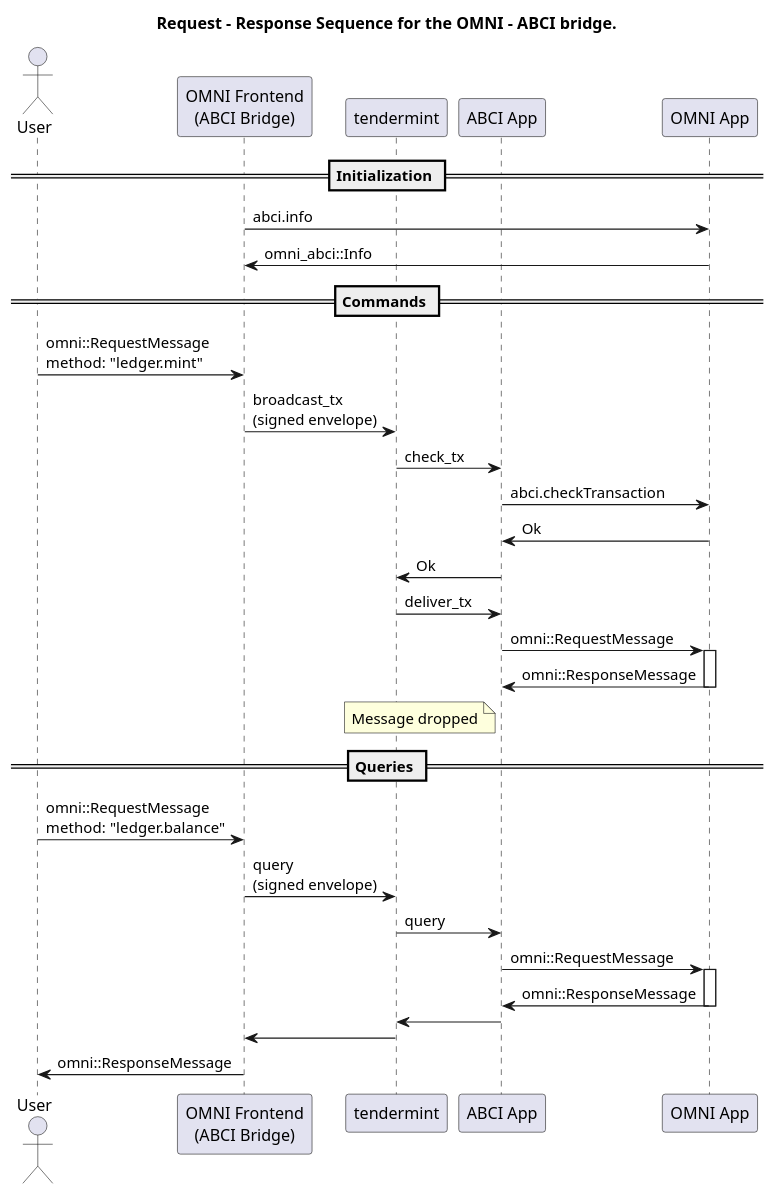
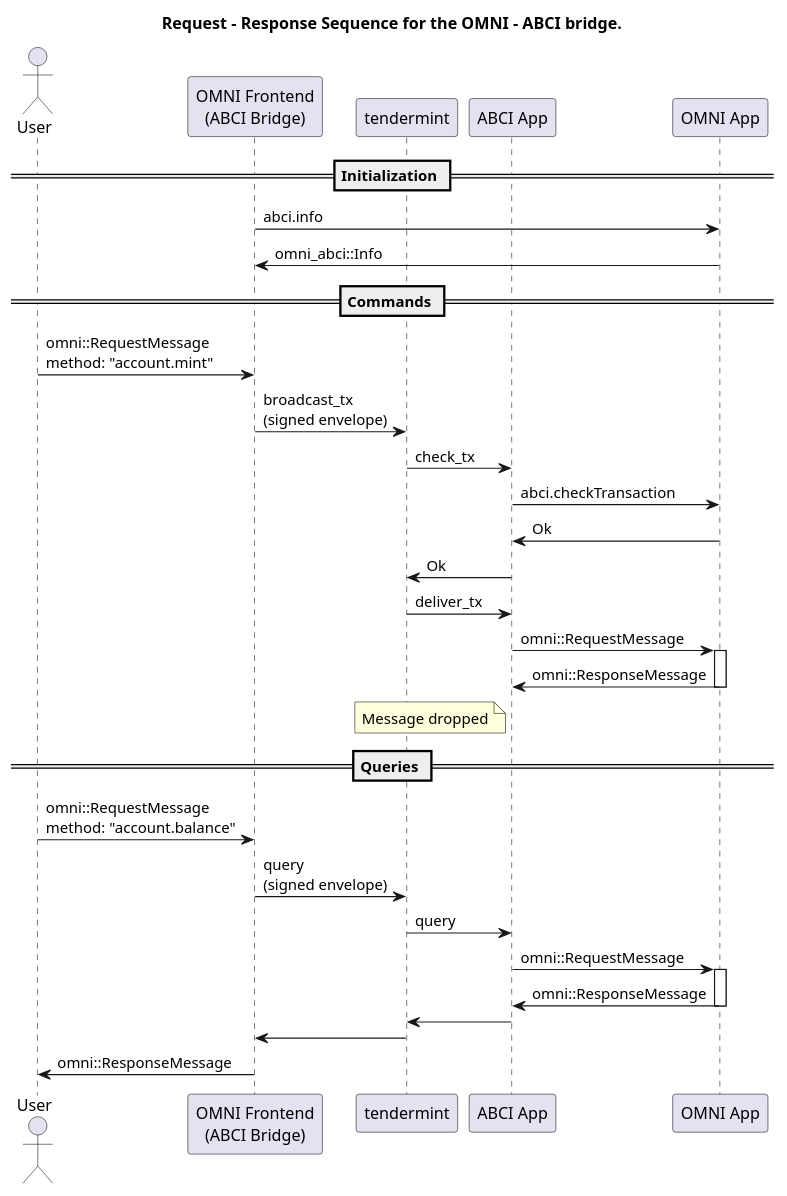
Before and after one commit to liftedinit/many-framework: the diagram in src/omni-abci/docs/request-response.puml, drawn with PlantUML. The commit also changed 16 other files, not shown here.

First line of the commit message:
Move ledger and account to latest spec

```diff
--- a/src/omni-abci/docs/request-response.puml
+++ b/src/omni-abci/docs/request-response.puml
@@ -1,72 +1,72 @@
 @startuml
 title Request - Response Sequence for the OMNI - ABCI bridge.
 
 actor user as "User"
 participant omni as "OMNI Frontend\n(ABCI Bridge)"
 participant tendermint
 participant abci_app as "ABCI App"
 participant omni_app as "OMNI App"
 
 == Initialization ==
 omni -> omni_app : \
     abci.info
 omni_app -> omni : \
     omni_abci::Info
 
 == Commands ==
 
 user -> omni : \
-    omni::RequestMessage\nmethod: "ledger.mint"
+    omni::RequestMessage\nmethod: "account.mint"
 omni -> tendermint : \
     broadcast_tx\n(signed envelope)
 
 tendermint -> abci_app : \
     check_tx
 
 abci_app -> omni_app : \
     abci.checkTransaction
 
 omni_app -> abci_app : \
     Ok
 
 abci_app -> tendermint : \
     Ok
 
 tendermint -> abci_app : \
     deliver_tx
 
 abci_app -> omni_app : \
     omni::RequestMessage
 
 activate omni_app
 omni_app -> abci_app : omni::ResponseMessage
 note left of abci_app
   Message dropped
 end note
 deactivate
 
 ' ---
 
 == Queries ==
 
 user -> omni : \
-    omni::RequestMessage\nmethod: "ledger.balance"
+    omni::RequestMessage\nmethod: "account.balance"
 omni -> tendermint : \
     query\n(signed envelope)
 
 tendermint -> abci_app : \
     query
 
 abci_app -> omni_app : \
     omni::RequestMessage
 
 activate omni_app
 omni_app -> abci_app : omni::ResponseMessage
 deactivate
 
 abci_app -> tendermint
 tendermint -> omni
 omni -> user : \
     omni::ResponseMessage
 
 @enduml
```
